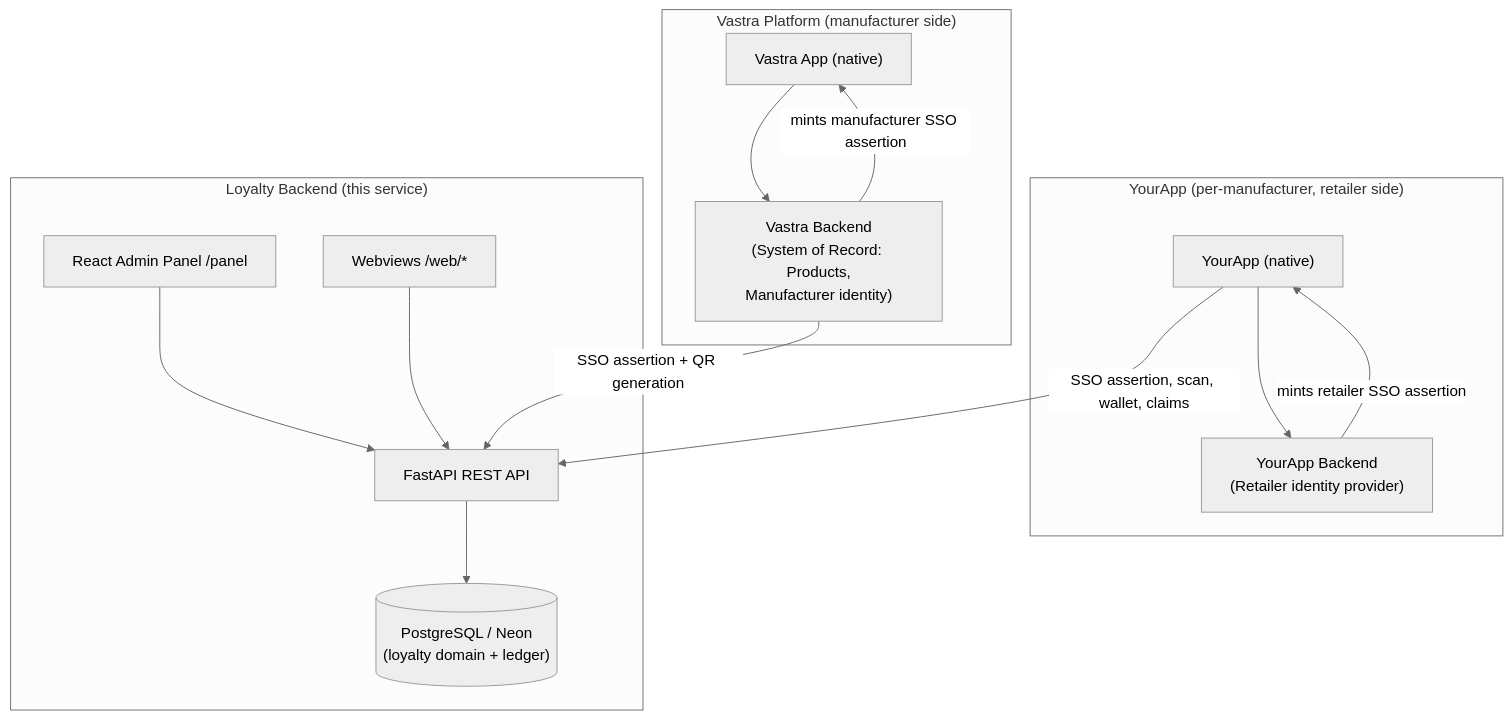
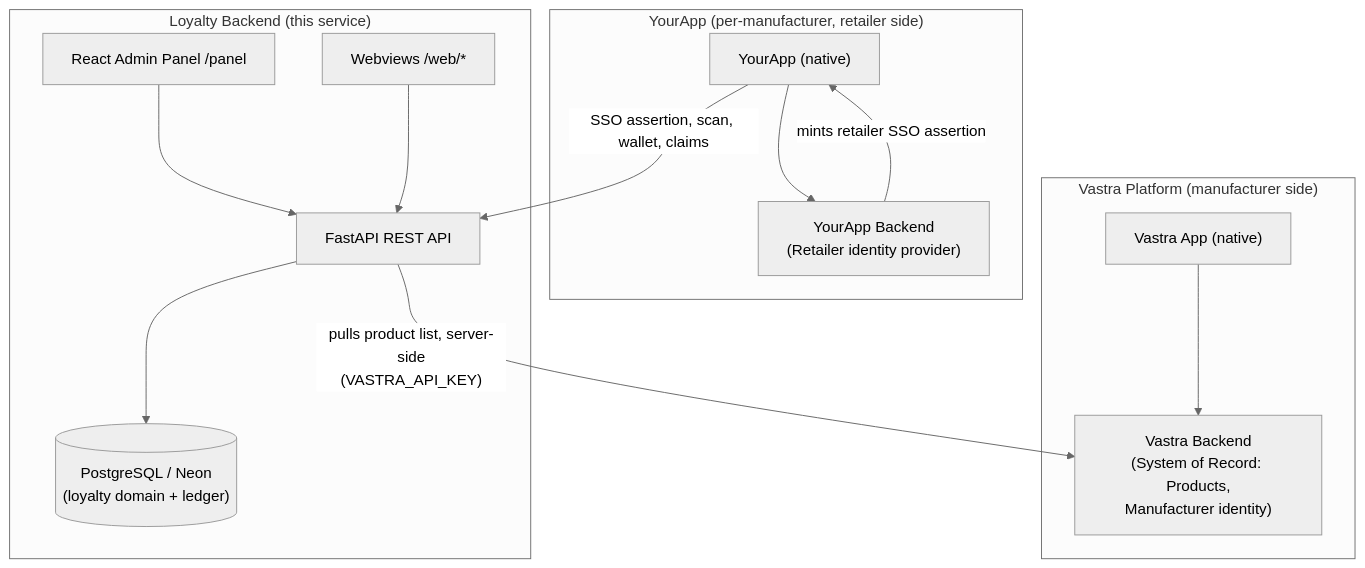
The first of 4 diagrams in docs/integration/SYSTEM_ARCHITECTURE.md (vasraj273/Vastra-Loyalty-Program), drawn with Mermaid (neutral theme) before and after one commit. The commit also changed other lines of this file and 22 other files, not shown here.

````diff
--- a/docs/integration/SYSTEM_ARCHITECTURE.md
+++ b/docs/integration/SYSTEM_ARCHITECTURE.md
@@ -25,27 +25,26 @@
 ```mermaid
 flowchart TB
   subgraph Vastra["Vastra Platform (manufacturer side)"]
     VApp["Vastra App (native)"]
     VBack["Vastra Backend\n(System of Record: Products,\nManufacturer identity)"]
   end
   subgraph YourApp["YourApp (per-manufacturer, retailer side)"]
     RApp["YourApp (native)"]
     RBack["YourApp Backend\n(Retailer identity provider)"]
   end
   subgraph Loyalty["Loyalty Backend (this service)"]
     API["FastAPI REST API"]
     DB[("PostgreSQL / Neon\n(loyalty domain + ledger)")]
     Panel["React Admin Panel /panel"]
     Web["Webviews /web/*"]
     API --> DB
     Panel --> API
     Web --> API
   end
 
   VApp --> VBack
   RApp --> RBack
-  VBack -->|"SSO assertion + QR generation"| API
+  API -->|"pulls product list, server-side\n(VASTRA_API_KEY)"| VBack
   RApp -->|"SSO assertion, scan, wallet, claims"| API
   RBack -->|"mints retailer SSO assertion"| RApp
-  VBack -->|"mints manufacturer SSO assertion"| VApp
 ```
````
